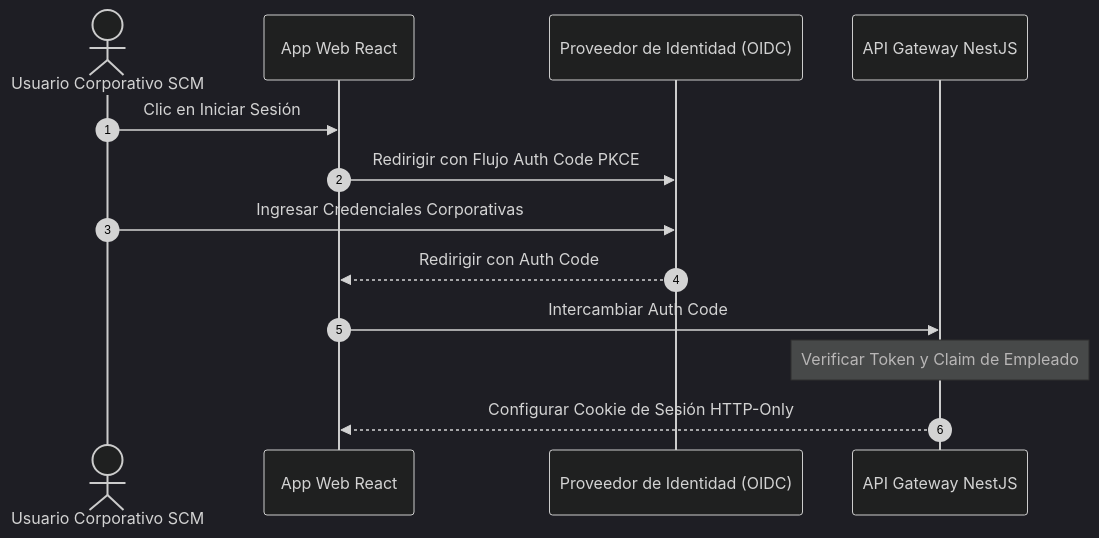
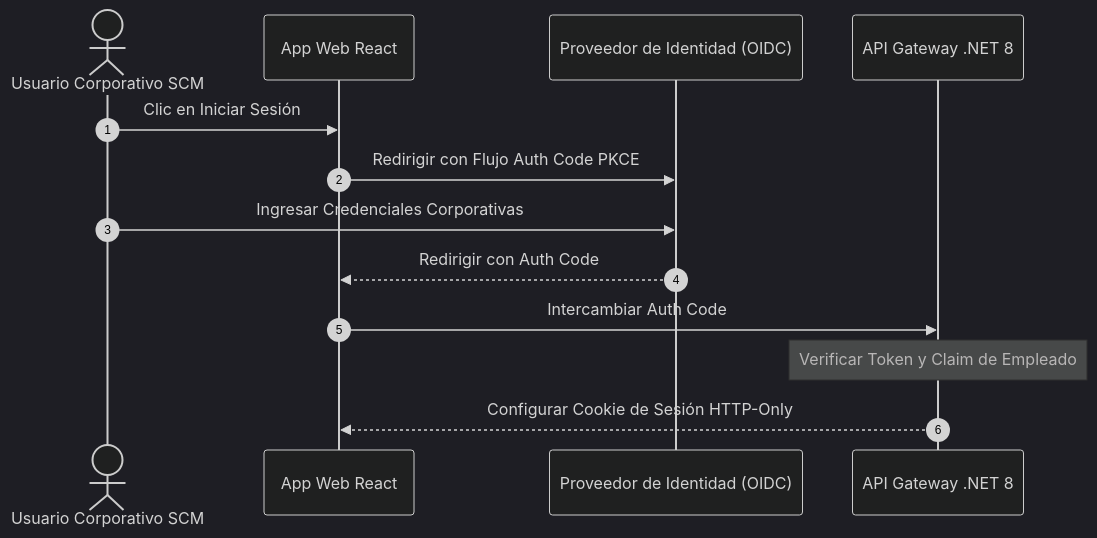
Before and after one commit to beyondnetcode/ums: the diagram in src/ums-workspace/docs/es/01-requirements/usecases/uc-01-user-authentication.md, drawn with Mermaid (dark theme). The commit also changed 27 other files, not shown here.

````diff
--- a/src/ums-workspace/docs/es/01-requirements/usecases/uc-01-user-authentication.md
+++ b/src/ums-workspace/docs/es/01-requirements/usecases/uc-01-user-authentication.md
@@ -20,16 +20,16 @@
 ```mermaid
 sequenceDiagram
     autonumber
     actor User as Usuario Corporativo SCM
     participant Web as App Web React
     participant IdP as Proveedor de Identidad (OIDC)
-    participant API as API Gateway NestJS
+    participant API as API Gateway .NET 8
 
     User->>Web: Clic en Iniciar Sesión
     Web->>IdP: Redirigir con Flujo Auth Code PKCE
     User->>IdP: Ingresar Credenciales Corporativas
     IdP-->>Web: Redirigir con Auth Code
     Web->>API: Intercambiar Auth Code
     Note over API: Verificar Token y Claim de Empleado
     API-->>Web: Configurar Cookie de Sesión HTTP-Only
 ```
````
